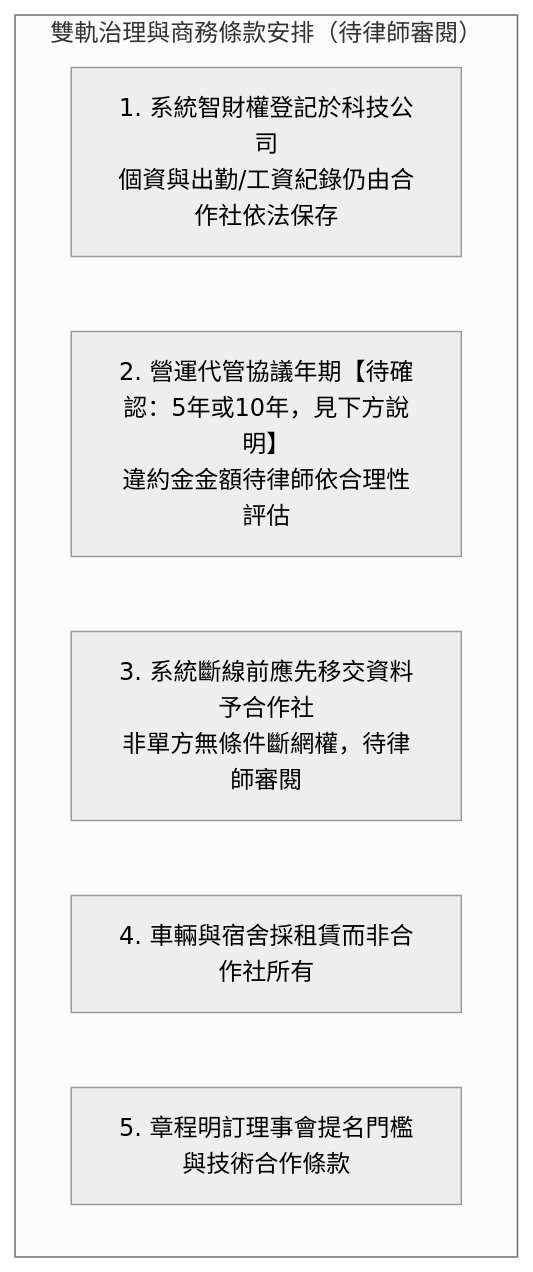
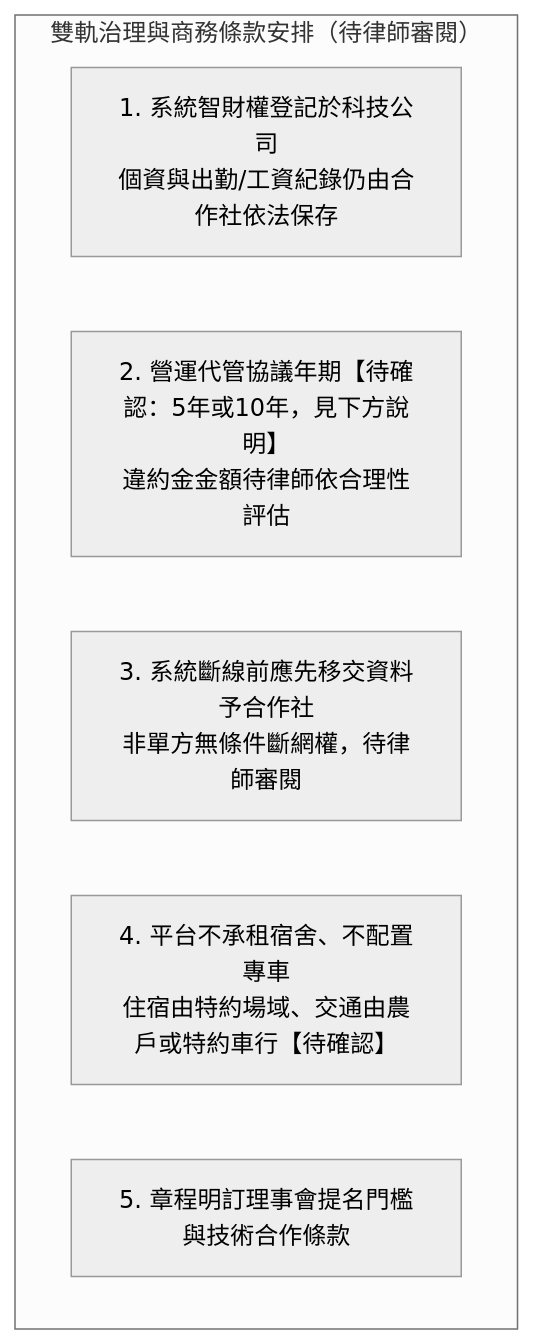
One commit to xx8888x/agridispatch changed the diagram in 文件/03_合作社與法律契約體系/10_智農派工_法律顧問合規與控制權護城河意見書.md. Above: the diagram before and after it, drawn with Mermaid (neutral theme). The commit also changed other lines of this file and 15 other files, not shown here.

````diff
--- a/文件/03_合作社與法律契約體系/10_智農派工_法律顧問合規與控制權護城河意見書.md
+++ b/文件/03_合作社與法律契約體系/10_智農派工_法律顧問合規與控制權護城河意見書.md
@@ -26,10 +26,10 @@
 ```mermaid
 graph TD
     subgraph Shield [雙軌治理與商務條款安排（待律師審閱）]
         S1[1. 系統智財權登記於科技公司<br/>個資與出勤/工資紀錄仍由合作社依法保存]
         S2[2. 營運代管協議年期【待確認：5年或10年，見下方說明】<br/>違約金金額待律師依合理性評估]
         S3[3. 系統斷線前應先移交資料予合作社<br/>非單方無條件斷網權，待律師審閱]
-        S4[4. 車輛與宿舍採租賃而非合作社所有]
+        S4[4. 平台不承租宿舍、不配置專車<br/>住宿由特約場域、交通由農戶或特約車行【待確認】]
         S5[5. 章程明訂理事會提名門檻與技術合作條款]
     end
 ```
````
